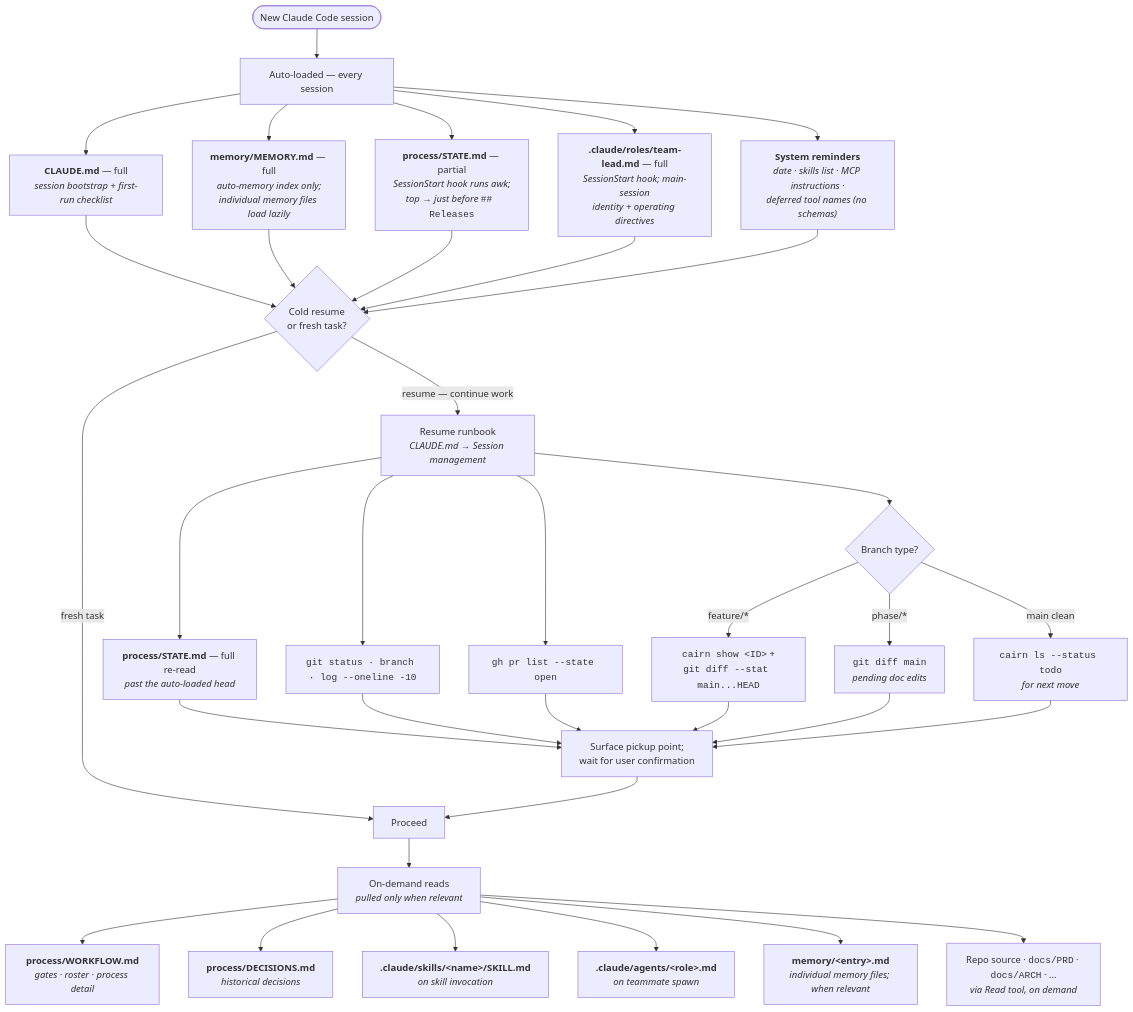
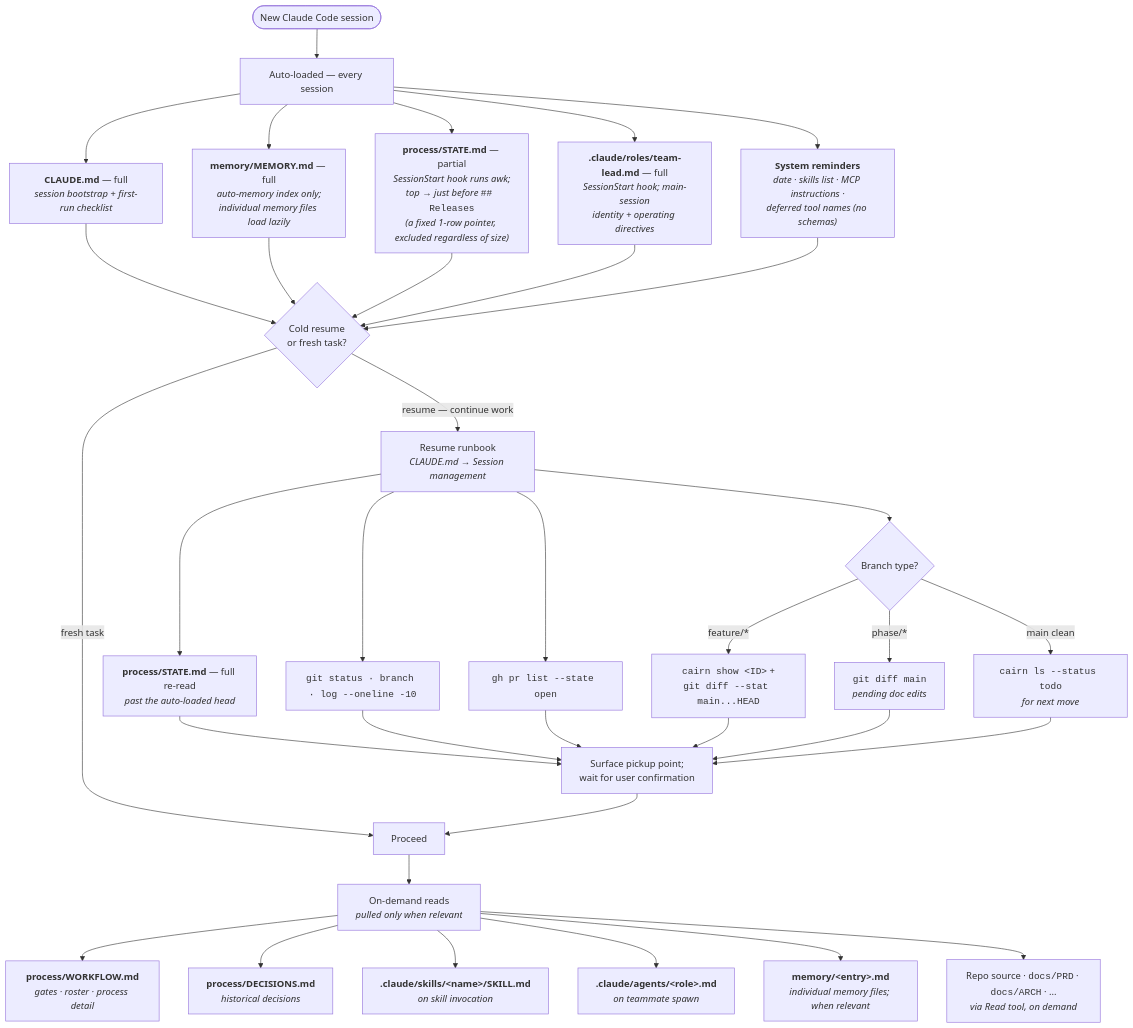
One commit to richmosko/project_template changed the second of 2 diagrams in README.md. Above: the diagram before and after it, drawn with Mermaid. The commit also changed other lines of this file and 6 other files, not shown here.

First line of the commit message:
feat(PT-75): STATE.md Releases table becomes a one-row pointer, machine-bounded at 200 characters (#150)

````diff
--- a/README.md
+++ b/README.md
@@ -157,48 +157,48 @@
 ```mermaid
 flowchart TD
   S0([New Claude Code session])
 
   S0 --> A["Auto-loaded — every session"]
 
   A --> A1["<b>CLAUDE.md</b> — full<br/><i>session bootstrap + first-run checklist</i>"]
   A --> A2["<b>memory/MEMORY.md</b> — full<br/><i>auto-memory index only;<br/>individual memory files load lazily</i>"]
-  A --> A3["<b>process/STATE.md</b> — partial<br/><i>SessionStart hook runs awk;<br/>top → just before</i> <code>## Releases</code>"]
+  A --> A3["<b>process/STATE.md</b> — partial<br/><i>SessionStart hook runs awk;<br/>top → just before</i> <code>## Releases</code><br/><i>(a fixed 1-row pointer, excluded regardless of size)</i>"]
   A --> A4["<b>.claude/roles/team-lead.md</b> — full<br/><i>SessionStart hook; main-session<br/>identity + operating directives</i>"]
   A --> A5["<b>System reminders</b><br/><i>date · skills list · MCP instructions ·<br/>deferred tool names (no schemas)</i>"]
 
   A1 --> Q{"Cold resume<br/>or fresh task?"}
   A2 --> Q
   A3 --> Q
   A4 --> Q
   A5 --> Q
 
   Q -->|resume — continue work| RB["Resume runbook<br/><i>CLAUDE.md → Session management</i>"]
 
   RB --> R1["<b>process/STATE.md</b> — full re-read<br/><i>past the auto-loaded head</i>"]
   RB --> R2["<code>git status · branch · log --oneline -10</code>"]
   RB --> R3["<code>gh pr list --state open</code>"]
   RB --> BR{"Branch type?"}
 
   BR -->|feature/*| R5["<code>cairn show &lt;ID&gt;</code> +<br/><code>git diff --stat main...HEAD</code>"]
   BR -->|phase/*| R6["<code>git diff main</code><br/><i>pending doc edits</i>"]
   BR -->|main clean| R7["<code>cairn ls --status todo</code><br/><i>for next move</i>"]
 
   R1 --> CONF["Surface pickup point;<br/>wait for user confirmation"]
   R2 --> CONF
   R3 --> CONF
   R5 --> CONF
   R6 --> CONF
   R7 --> CONF
 
   Q -->|fresh task| W["Proceed"]
   CONF --> W
 
   W --> LZ["On-demand reads<br/><i>pulled only when relevant</i>"]
 
   LZ --> L1["<b>process/WORKFLOW.md</b><br/><i>gates · roster · process detail</i>"]
   LZ --> L2["<b>process/DECISIONS.md</b><br/><i>historical decisions</i>"]
   LZ --> L3["<b>.claude/skills/&lt;name&gt;/SKILL.md</b><br/><i>on skill invocation</i>"]
   LZ --> L4["<b>.claude/agents/&lt;role&gt;.md</b><br/><i>on teammate spawn</i>"]
   LZ --> L5["<b>memory/&lt;entry&gt;.md</b><br/><i>individual memory files; when relevant</i>"]
   LZ --> L6["Repo source · <code>docs/PRD</code> · <code>docs/ARCH</code> · ...<br/><i>via Read tool, on demand</i>"]
 ```
````
